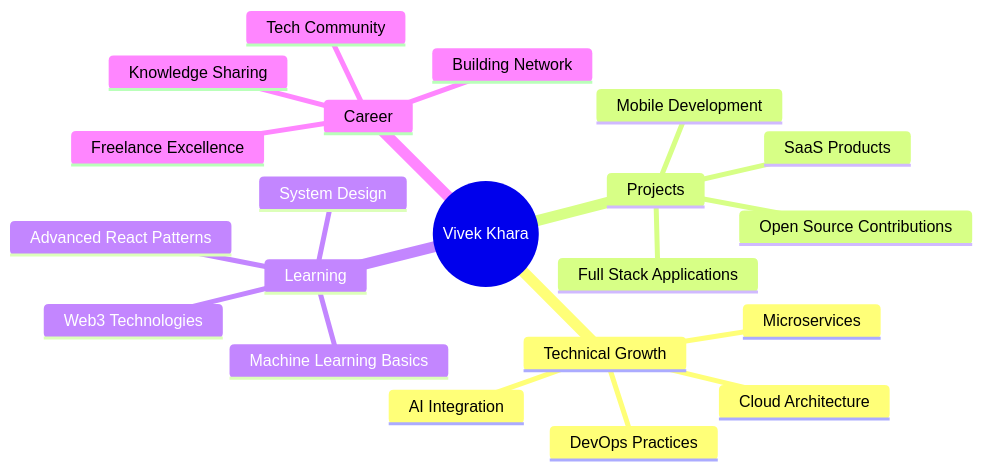
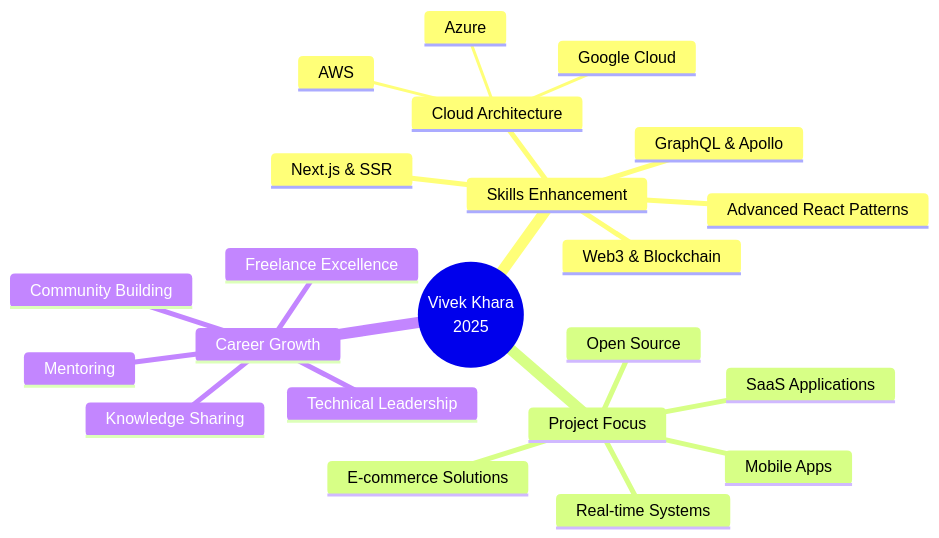
One commit to Vivek635229/Vivek635229 changed the diagram in README.md. Above: the diagram before and after it, drawn with Mermaid. The commit also changed other lines of this file, not shown here.

````diff
--- a/README.md
+++ b/README.md
@@ -336,24 +356,25 @@
 ```mermaid
 mindmap
-  root((Vivek Khara))
-    Technical Growth
+  root((Vivek Khara<br/>2025))
+    Skills Enhancement
+      Advanced React Patterns
+      Next.js & SSR
+      GraphQL & Apollo
+      Web3 & Blockchain
       Cloud Architecture
-      Microservices
-      AI Integration
-      DevOps Practices
-    Projects
-      Full Stack Applications
-      Mobile Development
-      Open Source Contributions
-      SaaS Products
-    Learning
-      Advanced React Patterns
-      System Design
-      Web3 Technologies
-      Machine Learning Basics
-    Career
+        AWS
+        Azure
+        Google Cloud
+    Project Focus
+      SaaS Applications
+      E-commerce Solutions
+      Real-time Systems
+      Mobile Apps
+      Open Source
+    Career Growth
       Freelance Excellence
-      Building Network
-      Tech Community
+      Technical Leadership
+      Community Building
       Knowledge Sharing
+      Mentoring
 ```
````
